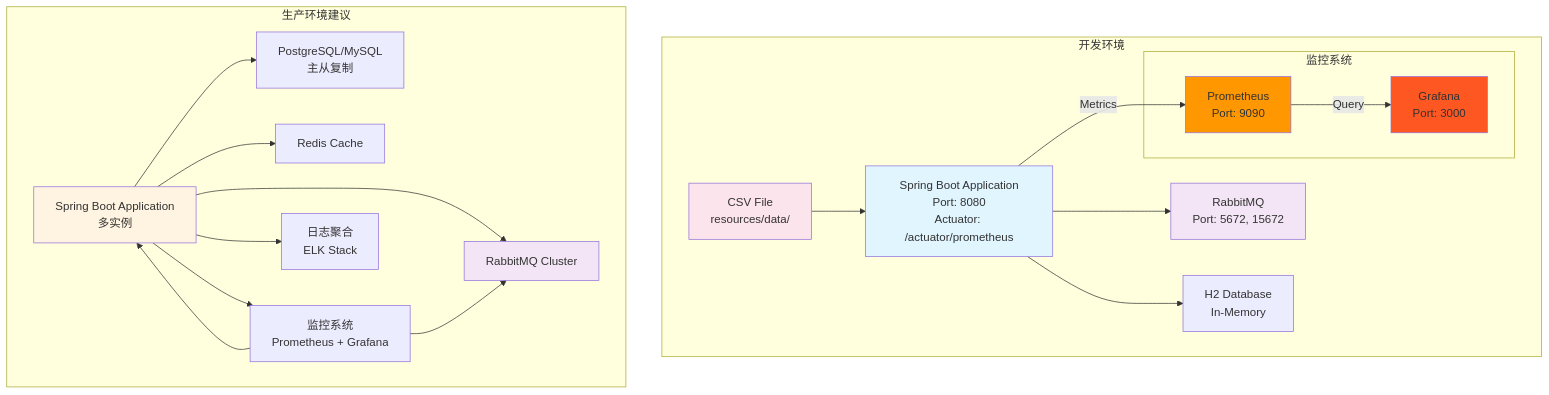
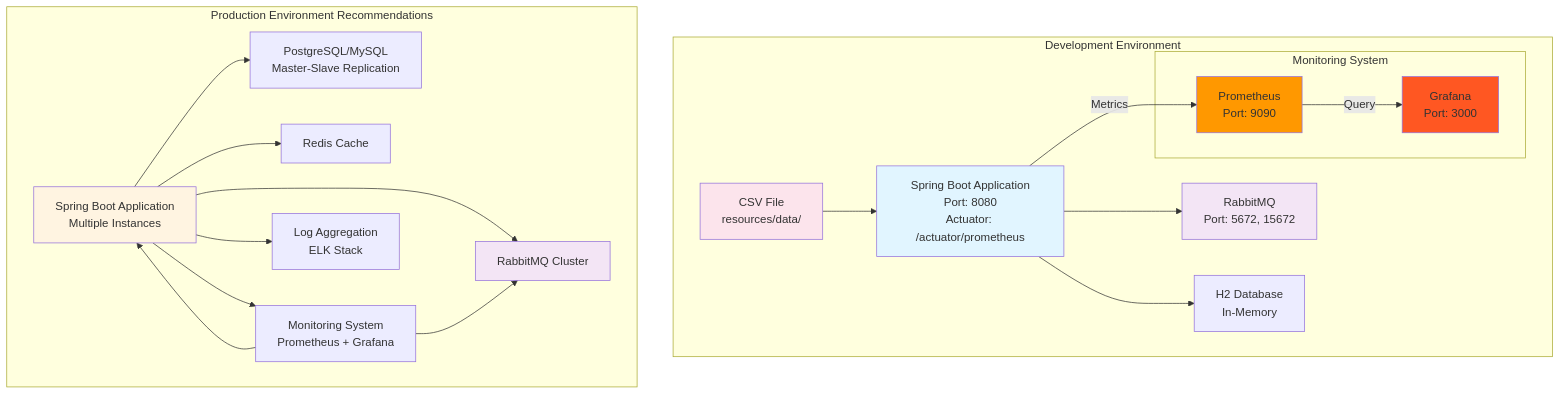
The eighth of 9 diagrams in docs/ARCHITECTURE_DIAGRAM.md (yuyu-ko/Inventory), drawn with Mermaid before and after one commit. The commit also changed other lines of this file and 26 other files, not shown here.

````diff
--- a/docs/ARCHITECTURE_DIAGRAM.md
+++ b/docs/ARCHITECTURE_DIAGRAM.md
@@ -341,45 +341,45 @@
 ```mermaid
 graph TB
-    subgraph "开发环境"
+    subgraph "Development Environment"
         APP[Spring Boot Application<br/>Port: 8080<br/>Actuator: /actuator/prometheus]
         RABBIT[RabbitMQ<br/>Port: 5672, 15672]
         H2[H2 Database<br/>In-Memory]
         CSV[CSV File<br/>resources/data/]
         
-        subgraph "监控系统"
+        subgraph "Monitoring System"
             PROM[Prometheus<br/>Port: 9090]
             GRAF[Grafana<br/>Port: 3000]
         end
     end
     
-    subgraph "生产环境建议"
-        APP2[Spring Boot Application<br/>多实例]
+    subgraph "Production Environment Recommendations"
+        APP2[Spring Boot Application<br/>Multiple Instances]
         RABBIT2[RabbitMQ Cluster]
-        DB[PostgreSQL/MySQL<br/>主从复制]
+        DB[PostgreSQL/MySQL<br/>Master-Slave Replication]
         CACHE[Redis Cache]
-        MONITOR[监控系统<br/>Prometheus + Grafana]
-        LOG[日志聚合<br/>ELK Stack]
+        MONITOR[Monitoring System<br/>Prometheus + Grafana]
+        LOG[Log Aggregation<br/>ELK Stack]
     end
     
     CSV --> APP
     APP --> RABBIT
     APP --> H2
     APP -->|Metrics| PROM
     PROM -->|Query| GRAF
     
     APP2 --> RABBIT2
     APP2 --> DB
     APP2 --> CACHE
     APP2 --> MONITOR
     APP2 --> LOG
     MONITOR --> APP2
     MONITOR --> RABBIT2
     
     style APP fill:#e1f5ff
     style APP2 fill:#fff4e1
     style RABBIT fill:#f3e5f5
     style RABBIT2 fill:#f3e5f5
     style CSV fill:#fce4ec
     style PROM fill:#ff9800
     style GRAF fill:#ff5722
 ```
````
